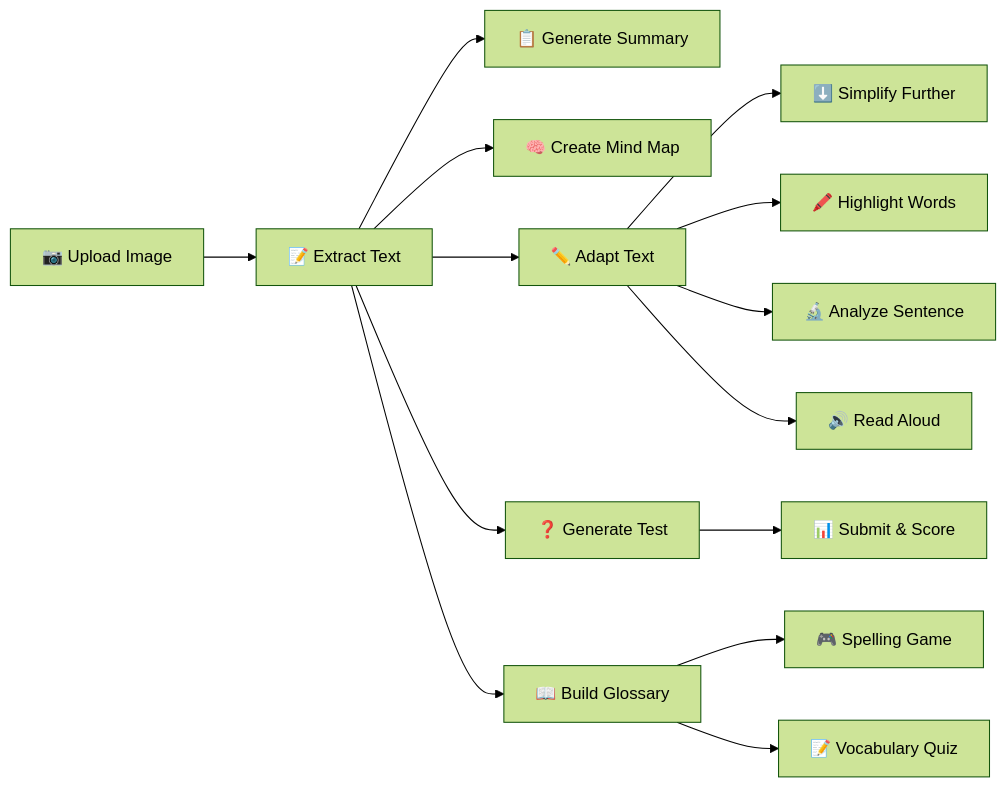
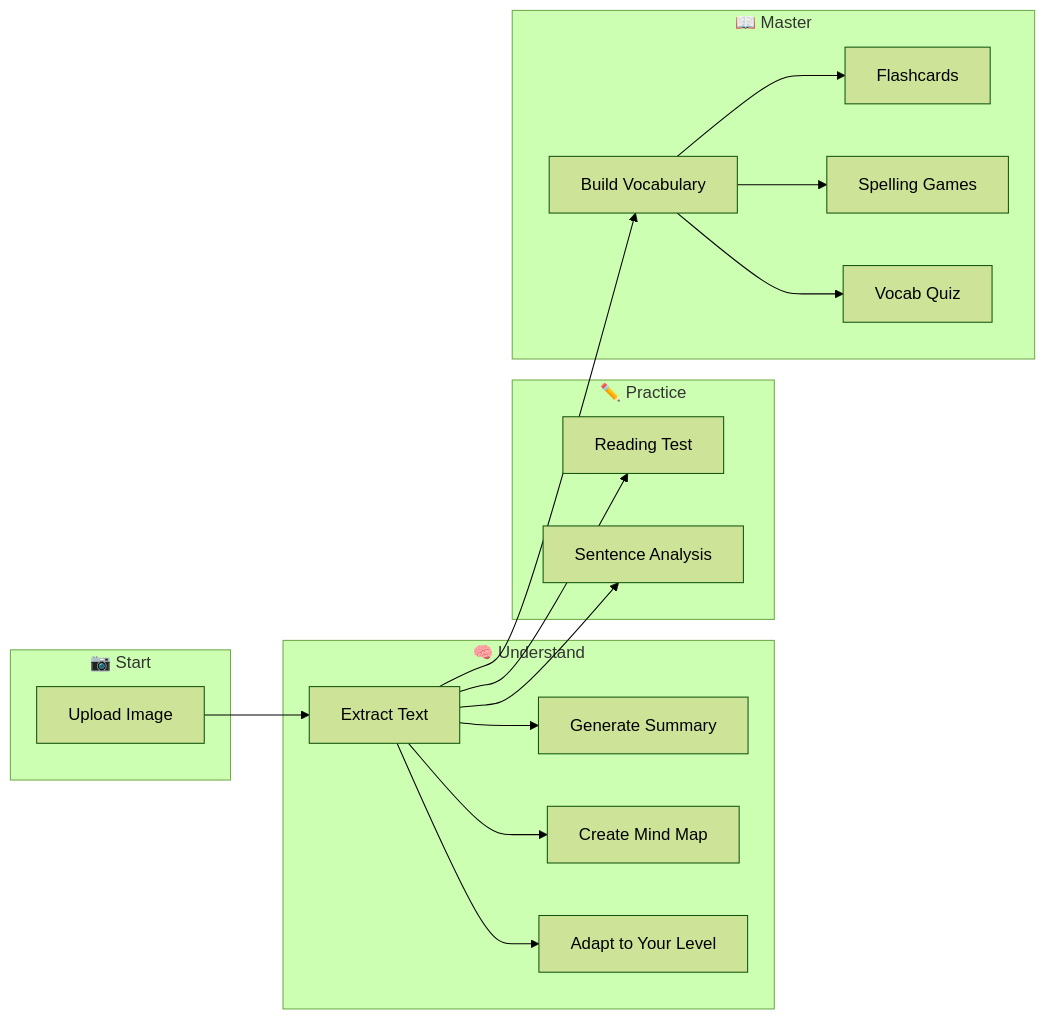
Before and after one commit to bentwnghk/reading-assistant: the diagram in README.md, drawn with Mermaid (forest theme). The commit also changed other lines of this file, not shown here.

````diff
--- a/README.md
+++ b/README.md
@@ -103,17 +30,29 @@
 ```mermaid
 flowchart LR
-    A[📷 Upload Image] --> B[📝 Extract Text]
-    B --> C[📋 Generate Summary]
-    B --> D[🧠 Create Mind Map]
-    B --> E[✏️ Adapt Text]
-    B --> F[❓ Generate Test]
-    B --> G[📖 Build Glossary]
+    subgraph INPUT["📷 Start"]
+        A[Upload Image]
+    end
     
-    E --> E2[⬇️ Simplify Further]
-    E --> E3[🖍️ Highlight Words]
-    E --> E4[🔬 Analyze Sentence]
-    E --> E5[🔊 Read Aloud]
-    F --> F2[📊 Submit & Score]
-    G --> G2[🎮 Spelling Game]
-    G --> G3[📝 Vocabulary Quiz]
+    subgraph UNDERSTAND["🧠 Understand"]
+        B[Extract Text]
+        C[Generate Summary]
+        D[Create Mind Map]
+        E[Adapt to Your Level]
+    end
+    
+    subgraph PRACTICE["✏️ Practice"]
+        F[Reading Test]
+        G[Sentence Analysis]
+    end
+    
+    subgraph MASTER["📖 Master"]
+        H[Build Vocabulary]
+        I[Flashcards]
+        J[Spelling Games]
+        K[Vocab Quiz]
+    end
+    
+    A --> B --> C & D & E
+    B --> F & G
+    B --> H --> I & J & K
 ```
````
